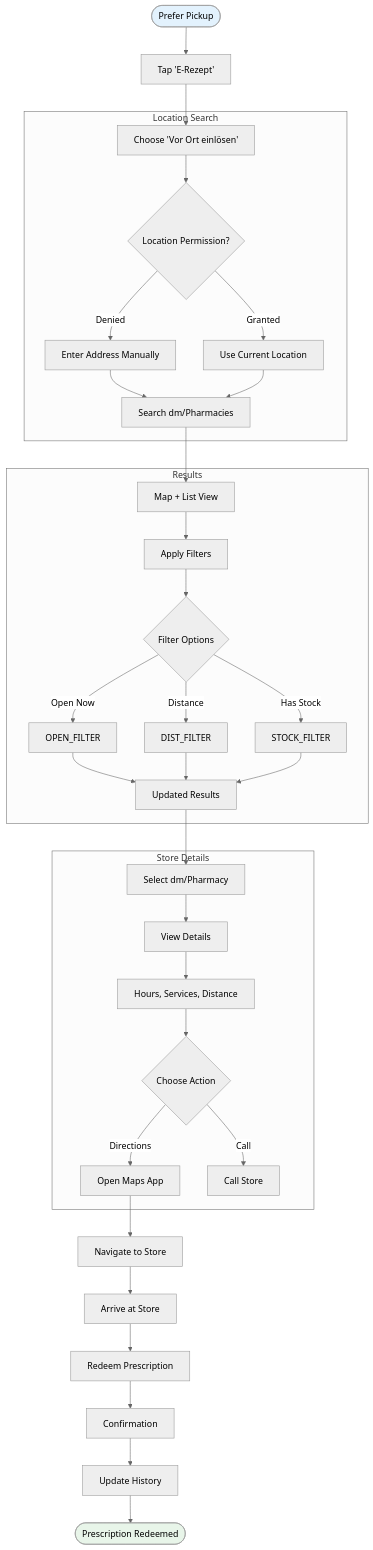
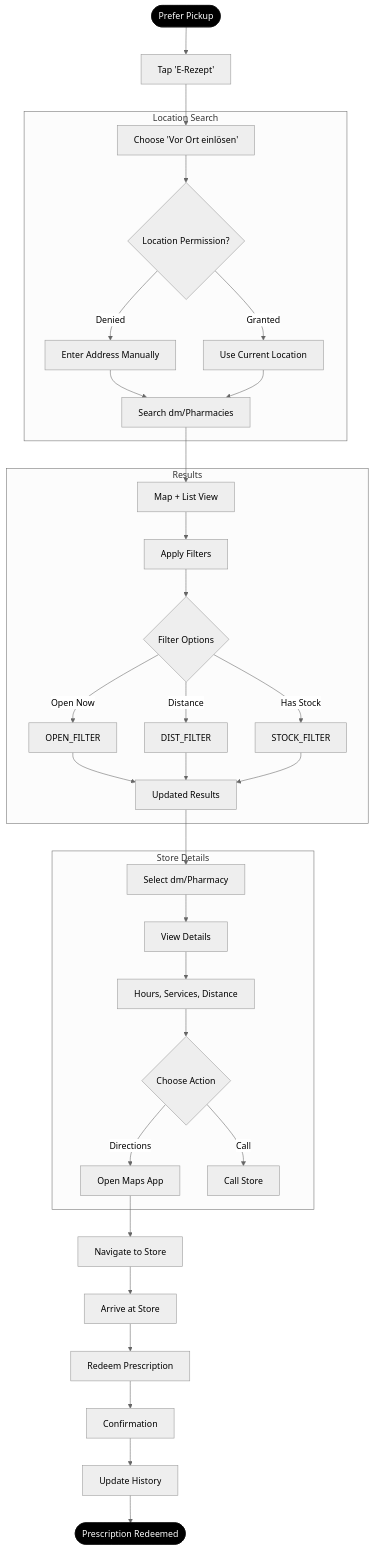
Before and after one commit to tini-works/proto-medalpha: the sixth of 9 diagrams in docs/USER-FLOWS.md, drawn with Mermaid (neutral theme). The commit also changed other lines of this file and 99 other files, not shown here.

````diff
--- a/docs/USER-FLOWS.md
+++ b/docs/USER-FLOWS.md
@@ -415,46 +415,46 @@
 ```mermaid
 flowchart TD
     START([Prefer Pickup]) --> ENTRY[Tap 'E-Rezept']
     ENTRY --> OFFLINE[Choose 'Vor Ort einlösen']
 
     subgraph LOCATION["Location Search"]
         OFFLINE --> LOC_PERM{Location Permission?}
         LOC_PERM -->|Denied| MANUAL[Enter Address Manually]
         LOC_PERM -->|Granted| GPS[Use Current Location]
         MANUAL --> SEARCH
         GPS --> SEARCH[Search dm/Pharmacies]
     end
 
     subgraph RESULTS["Results"]
         SEARCH --> MAP_LIST[Map + List View]
         MAP_LIST --> FILTERS[Apply Filters]
         FILTERS --> FILTER_OPT{Filter Options}
         FILTER_OPT -->|Open Now| OPEN_FILTER
         FILTER_OPT -->|Distance| DIST_FILTER
         FILTER_OPT -->|Has Stock| STOCK_FILTER
         OPEN_FILTER --> UPDATED
         DIST_FILTER --> UPDATED
         STOCK_FILTER --> UPDATED
         UPDATED[Updated Results]
     end
 
     UPDATED --> SELECT[Select dm/Pharmacy]
 
     subgraph STORE_DETAIL["Store Details"]
         SELECT --> DETAIL[View Details]
         DETAIL --> INFO[Hours, Services, Distance]
         INFO --> ACTIONS{Choose Action}
         ACTIONS -->|Directions| MAPS[Open Maps App]
         ACTIONS -->|Call| CALL[Call Store]
     end
 
     MAPS --> NAVIGATE[Navigate to Store]
     NAVIGATE --> ARRIVE[Arrive at Store]
     ARRIVE --> REDEEM[Redeem Prescription]
     REDEEM --> CONFIRM[Confirmation]
     CONFIRM --> HISTORY[Update History]
     HISTORY --> DONE([Prescription Redeemed])
 
-    style START fill:#e3f2fd
-    style DONE fill:#e8f5e9
+    style START fill:#000000,stroke:#000000,color:#ffffff
+    style DONE fill:#000000,stroke:#000000,color:#ffffff
 ```
````
